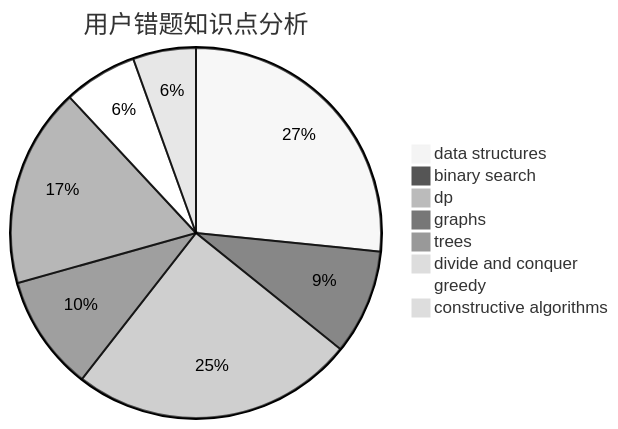
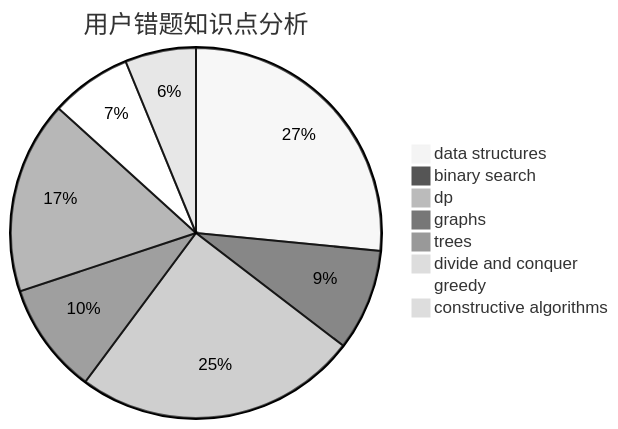
The third of 3 diagrams in docs/user/u2485.md (sherpahu/cfrs.github.io), drawn with Mermaid (neutral theme) before and after one commit. The commit also changed other lines of this file and 2770 other files, not shown here.

````diff
--- a/docs/user/u2485.md
+++ b/docs/user/u2485.md
@@ -36,11 +36,11 @@
 ```mermaid
 pie title 用户错题知识点分析
-    "data structures" :  29
+    "data structures" :  30
     "binary search" :  10
-    "dp" :  27
+    "dp" :  28
     "graphs" :  11
     "trees" :  19
     "divide and conquer" :  0
-    "greedy" :  7
-    "constructive algorithms" :  6
+    "greedy" :  8
+    "constructive algorithms" :  7
 ```
````
